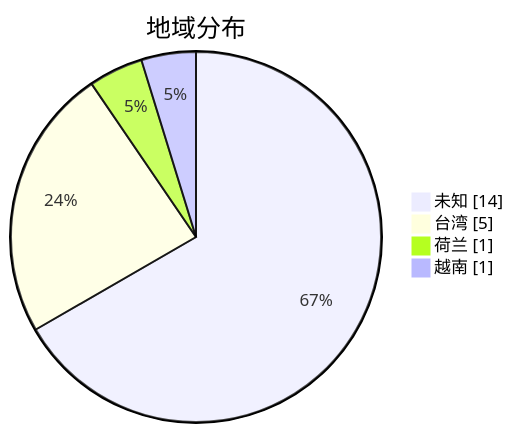
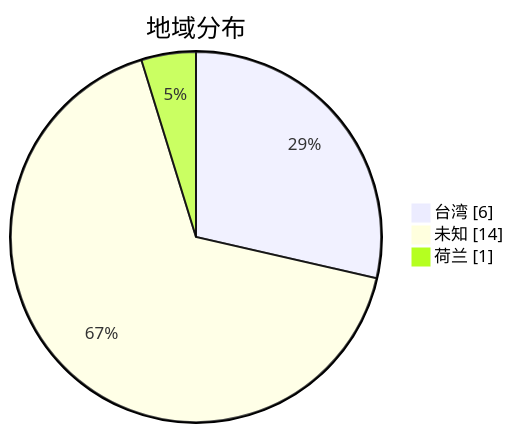
Before and after one commit to sinspired/airport: the second of 3 diagrams in subs/statistics/tested_within.md, drawn with Mermaid. The commit also changed other lines of this file and 2 other files, not shown here.

````diff
--- a/subs/statistics/tested_within.md
+++ b/subs/statistics/tested_within.md
@@ -9,8 +9,7 @@
 ```mermaid
 pie showData
 title 地域分布
+"台湾" : 6
 "未知" : 14
-"台湾" : 5
 "荷兰" : 1
-"越南" : 1
 ```
````
